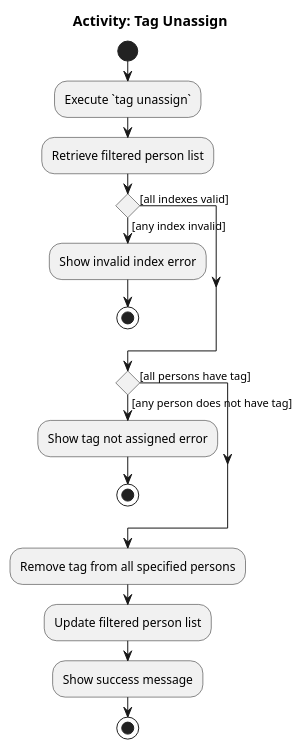
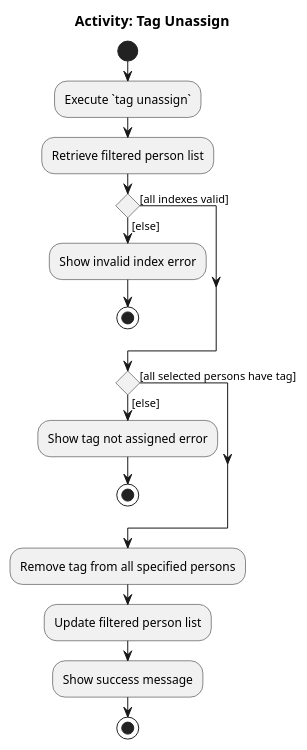
The diagram in docs/diagrams/tag/TagUnassignActivityDiagram.puml (savagexr3/tp), drawn with PlantUML before and after one commit. The commit also changed 1 other file, not shown here.

Commit message:
Change UML diagrams

```diff
--- a/docs/diagrams/tag/TagUnassignActivityDiagram.puml
+++ b/docs/diagrams/tag/TagUnassignActivityDiagram.puml
@@ -1,29 +1,29 @@
 @startuml
 title Activity: Tag Unassign
 
 start
 
 :Execute `tag unassign`;
 
 :Retrieve filtered person list;
 
-if () then ([any index invalid])
+if () then ([else])
     :Show invalid index error;
     stop
 else ([all indexes valid])
 endif
 
-if () then ([any person does not have tag])
+if () then ([else])
     :Show tag not assigned error;
     stop
-else ([all persons have tag])
+else ([all selected persons have tag])
 endif
 
 :Remove tag from all specified persons;
 
 :Update filtered person list;
 
 :Show success message;
 
 stop
 @enduml
```
